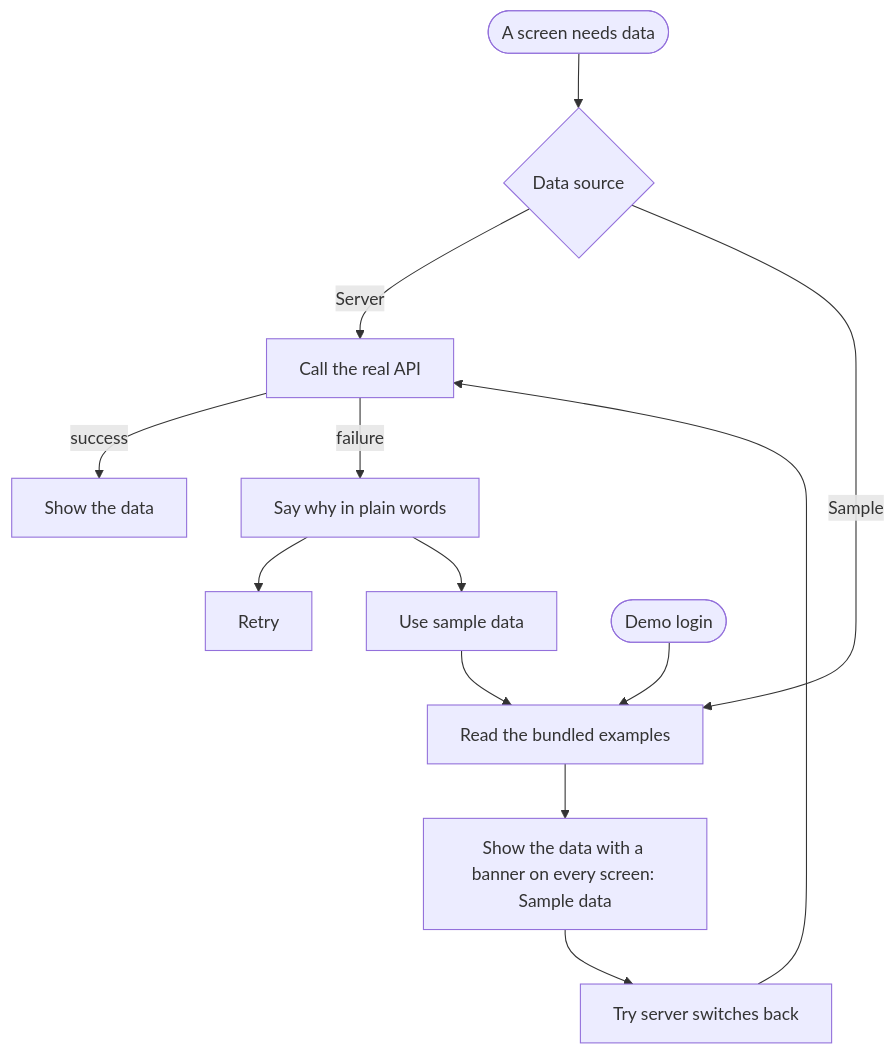
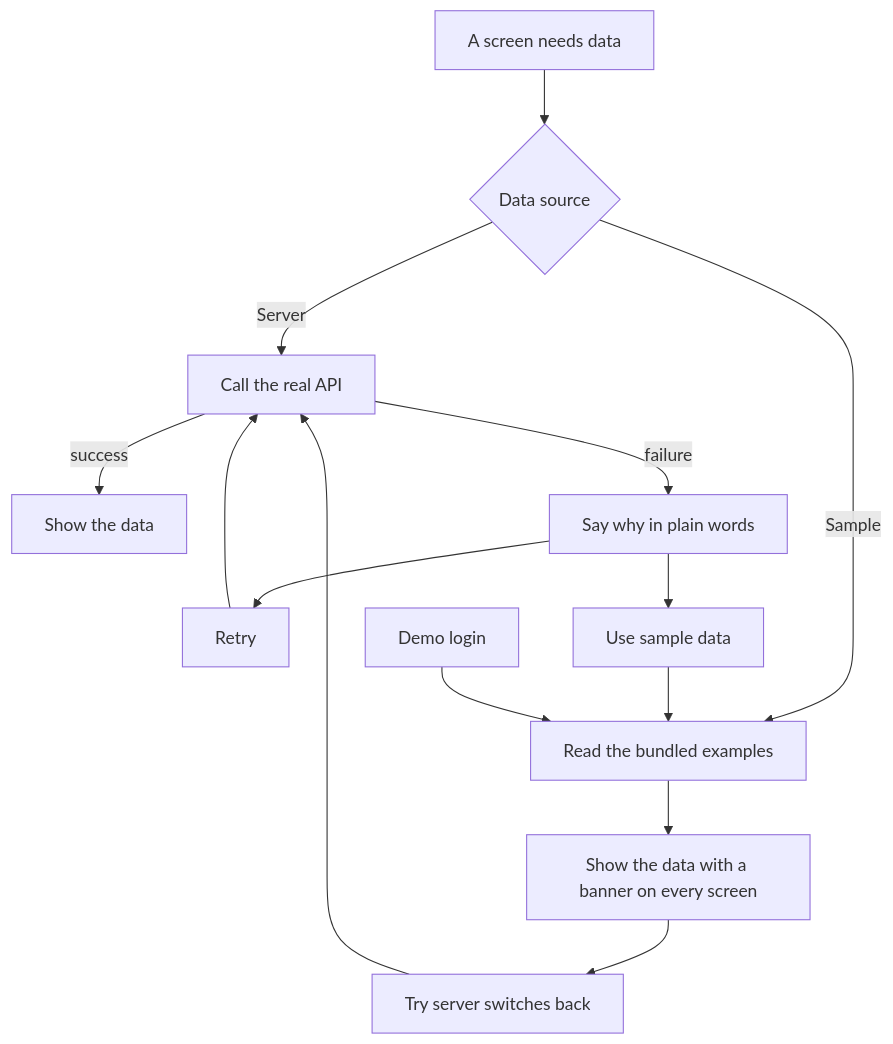
Before and after one commit to xeyynon/CS-Infotech-: the third of 5 diagrams in README.md, drawn with Mermaid. The commit also changed other lines of this file, not shown here.

First line of the commit message:
InBul13: Redraw the README diagrams in plain syntax so GitHub renders them

````diff
--- a/README.md
+++ b/README.md
@@ -142,15 +139,16 @@
 ```mermaid
 flowchart TD
-    S([A screen needs data]) --> R{Data source}
+    S[A screen needs data] --> R{Data source}
     R -->|Server| Q[Call the real API]
     R -->|Sample| M[Read the bundled examples]
     Q -->|success| OK[Show the data]
     Q -->|failure| E[Say why in plain words]
     E --> E1[Retry]
     E --> E2[Use sample data]
+    E1 --> Q
     E2 --> M
-    M --> B[Show the data with a banner on every screen: Sample data]
+    M --> B[Show the data with a banner on every screen]
     B --> T[Try server switches back]
     T --> Q
-    D([Demo login]) --> M
+    D[Demo login] --> M
 ```
````
